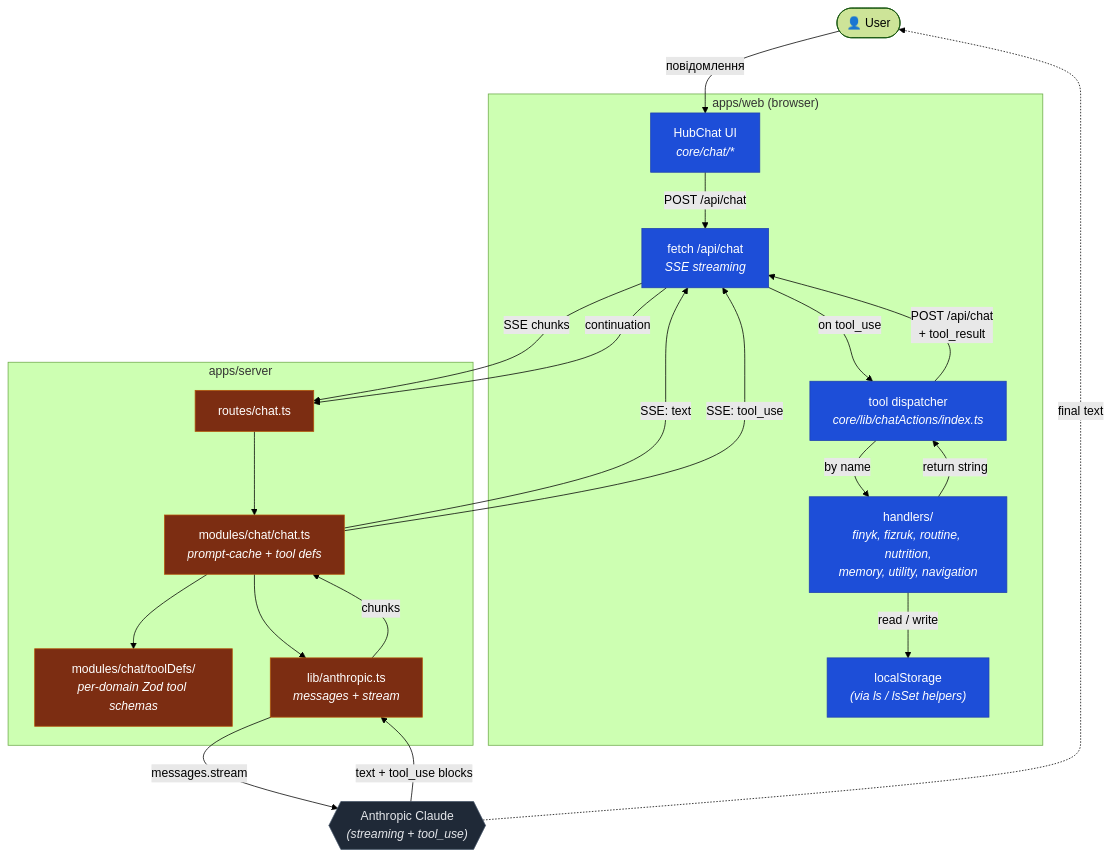
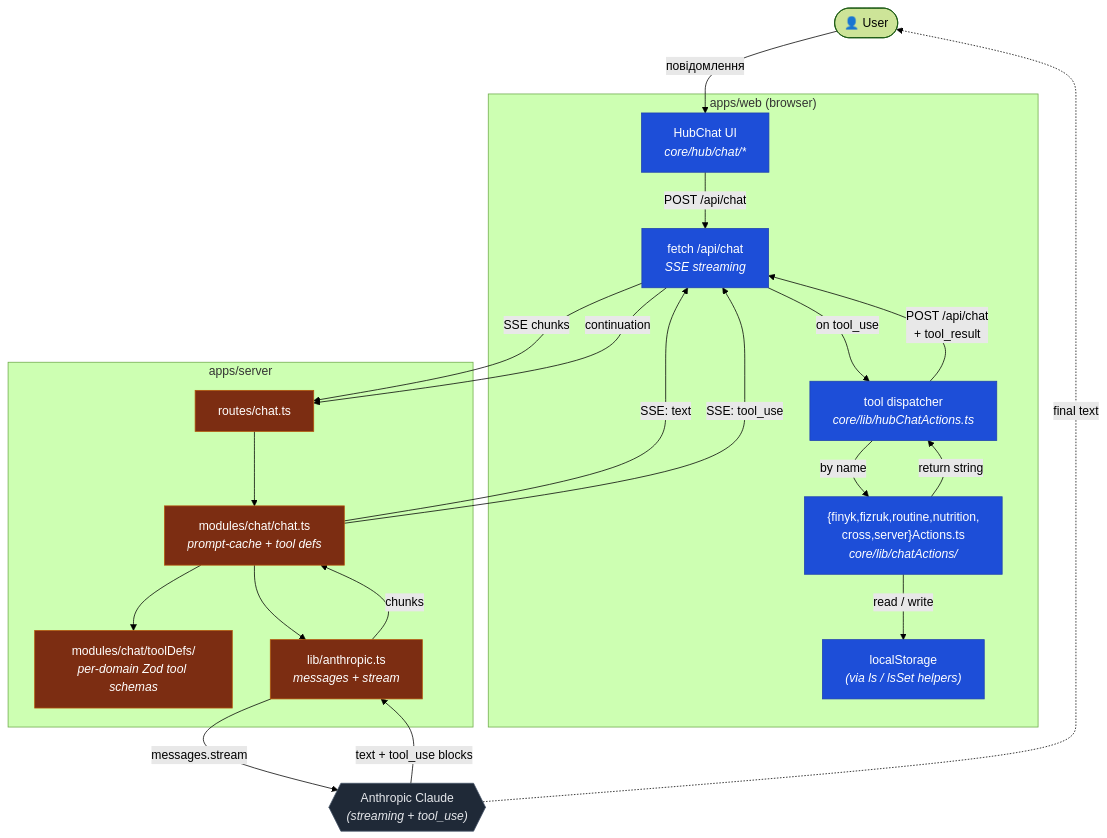
Before and after one commit to SkOrDs-02/sergeant: the diagram in docs/architecture/diagrams/c3-chat-tool-use.md, drawn with Mermaid (forest theme). The commit also changed other lines of this file and 26 other files, not shown here.

First line of the commit message:
docs(docs): revalidate architecture docs against current codebase

````diff
--- a/docs/architecture/diagrams/c3-chat-tool-use.md
+++ b/docs/architecture/diagrams/c3-chat-tool-use.md
@@ -8,47 +8,47 @@
 ```mermaid
 flowchart TB
     User(["👤 User"])
 
     subgraph Web["apps/web (browser)"]
-        ChatUI["HubChat UI<br/><i>core/chat/*</i>"]
+        ChatUI["HubChat UI<br/><i>core/hub/chat/*</i>"]
         Stream["fetch /api/chat<br/><i>SSE streaming</i>"]
-        ToolDisp["tool dispatcher<br/><i>core/lib/chatActions/index.ts</i>"]
-        Handlers["handlers/<br/><i>finyk, fizruk, routine, nutrition,<br/>memory, utility, navigation</i>"]
+        ToolDisp["tool dispatcher<br/><i>core/lib/hubChatActions.ts</i>"]
+        Handlers["{finyk,fizruk,routine,nutrition,<br/>cross,server}Actions.ts<br/><i>core/lib/chatActions/</i>"]
         LS["localStorage<br/><i>(via ls / lsSet helpers)</i>"]
     end
 
     subgraph Server["apps/server"]
         ChatRoute["routes/chat.ts"]
         ChatHandler["modules/chat/chat.ts<br/><i>prompt-cache + tool defs</i>"]
         ToolDefs["modules/chat/toolDefs/<br/><i>per-domain Zod tool schemas</i>"]
         AnthClient["lib/anthropic.ts<br/><i>messages + stream</i>"]
     end
 
     Anthropic{{"Anthropic Claude<br/><i>(streaming + tool_use)</i>"}}
 
     User -->|"повідомлення"| ChatUI
     ChatUI -->|"POST /api/chat"| Stream
     Stream -->|"SSE chunks"| ChatRoute
     ChatRoute --> ChatHandler
     ChatHandler --> ToolDefs
     ChatHandler --> AnthClient
     AnthClient -->|"messages.stream"| Anthropic
     Anthropic -->|"text + tool_use blocks"| AnthClient
     AnthClient -->|"chunks"| ChatHandler
     ChatHandler -->|"SSE: text"| Stream
     ChatHandler -->|"SSE: tool_use"| Stream
     Stream -->|"on tool_use"| ToolDisp
     ToolDisp -->|"by name"| Handlers
     Handlers -->|"read / write"| LS
     Handlers -->|"return string"| ToolDisp
     ToolDisp -->|"POST /api/chat<br/>+ tool_result"| Stream
     Stream -->|"continuation"| ChatRoute
     Anthropic -.->|"final text"| User
 
     classDef web fill:#1d4ed8,stroke:#1e40af,color:#fff
     classDef server fill:#7c2d12,stroke:#b45309,color:#fff
     classDef ext fill:#1f2937,stroke:#475569,color:#e5e7eb
     class ChatUI,Stream,ToolDisp,Handlers,LS web
     class ChatRoute,ChatHandler,ToolDefs,AnthClient server
     class Anthropic ext
 ```
````
